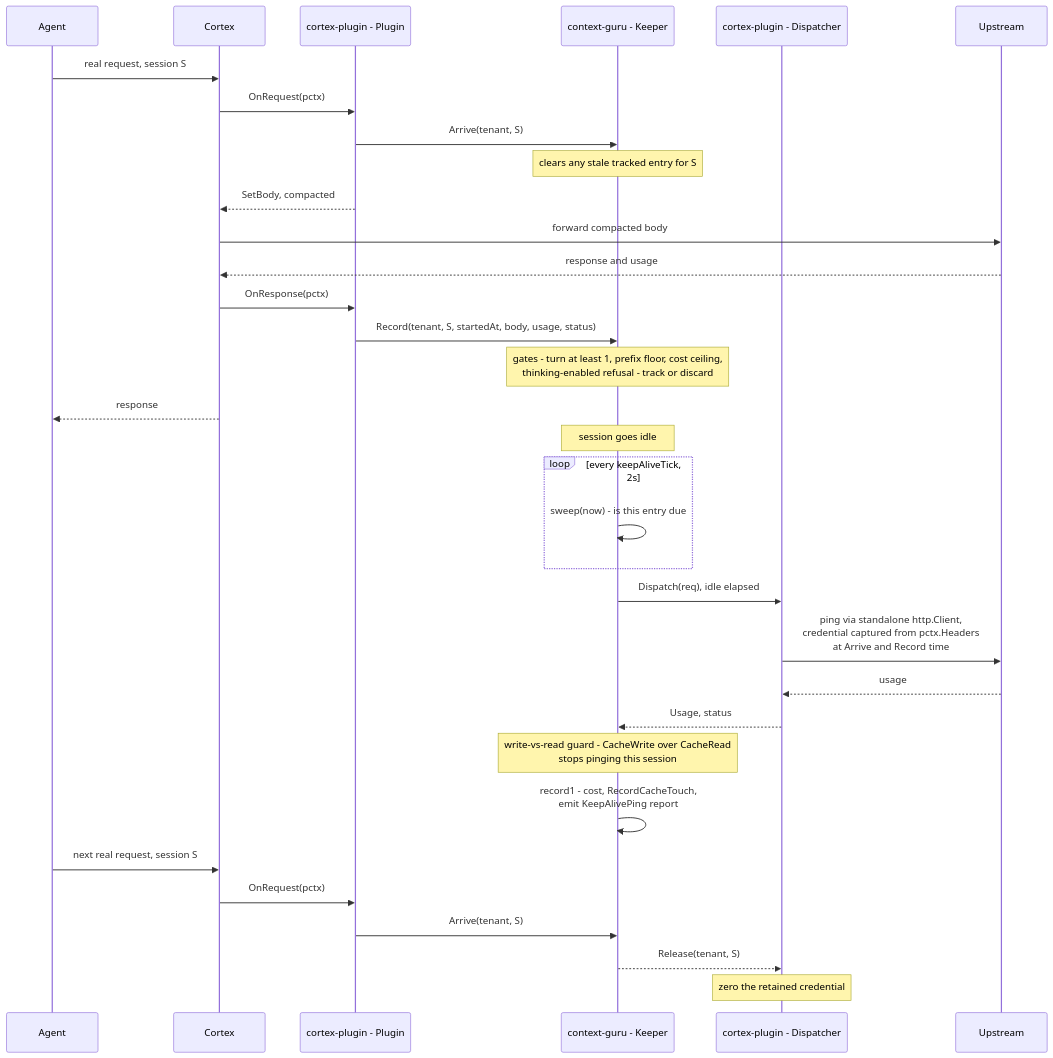
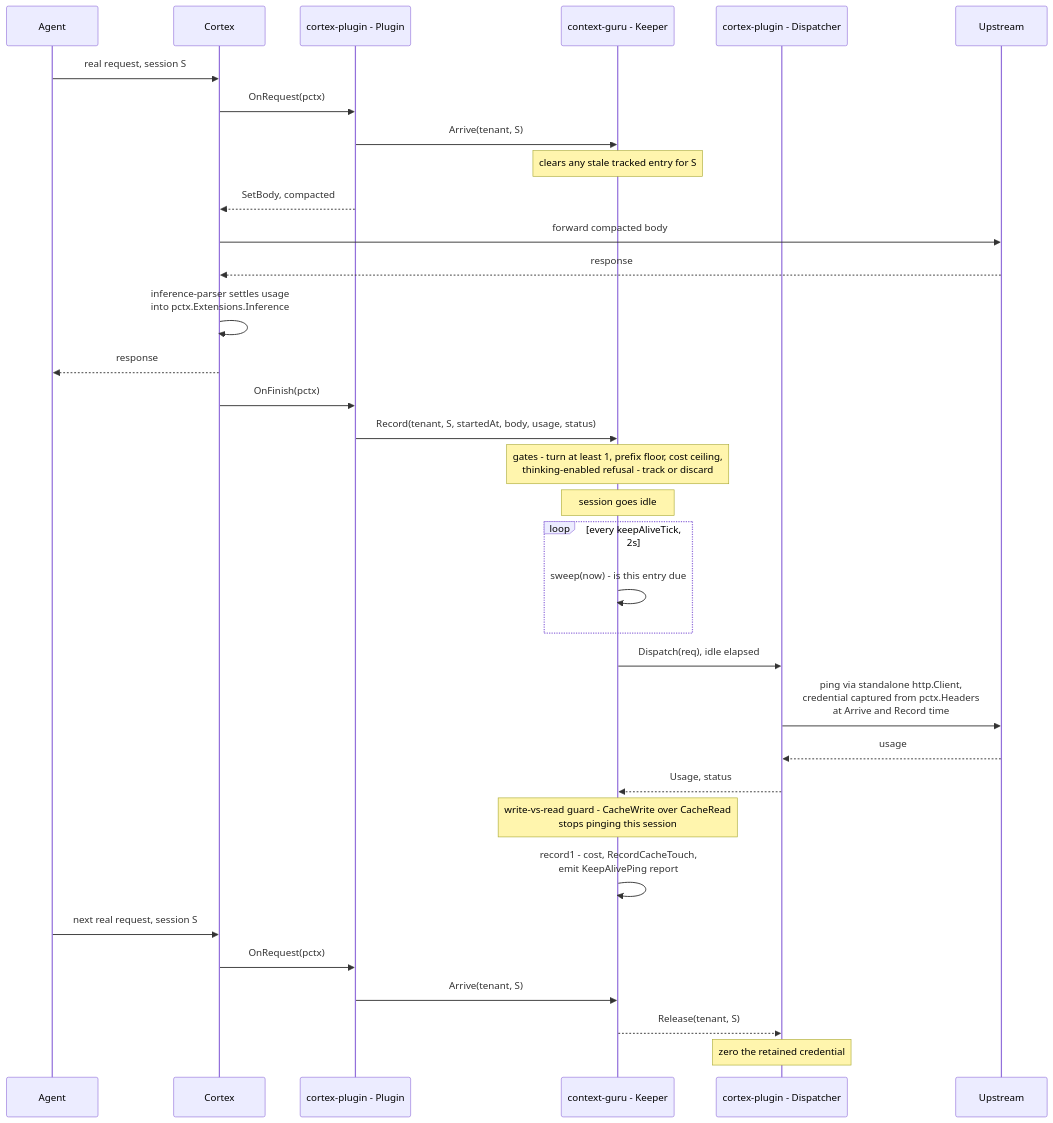
Before and after one commit to rossoctl/context-guru: the third of 5 diagrams in docs/proposals/cortex-integration.md, drawn with Mermaid. The commit also changed other lines of this file, not shown here.

First line of the commit message:
docs: fold in Hai's storage/OnFinish decisions, propose cost-ledger API

````diff
--- a/docs/proposals/cortex-integration.md
+++ b/docs/proposals/cortex-integration.md
@@ -378,38 +362,39 @@
 ```mermaid
 sequenceDiagram
     participant Agent
     participant Cortex
     participant Plugin as cortex-plugin - Plugin
     participant Keeper as context-guru - Keeper
     participant Dispatcher as cortex-plugin - Dispatcher
     participant Upstream
 
     Agent->>Cortex: real request, session S
     Cortex->>Plugin: OnRequest(pctx)
     Plugin->>Keeper: Arrive(tenant, S)
     Note over Keeper: clears any stale tracked entry for S
     Plugin-->>Cortex: SetBody, compacted
     Cortex->>Upstream: forward compacted body
-    Upstream-->>Cortex: response and usage
-    Cortex->>Plugin: OnResponse(pctx)
+    Upstream-->>Cortex: response
+    Cortex->>Cortex: inference-parser settles usage<br/>into pctx.Extensions.Inference
+    Cortex-->>Agent: response
+    Cortex->>Plugin: OnFinish(pctx)
     Plugin->>Keeper: Record(tenant, S, startedAt, body, usage, status)
     Note over Keeper: gates - turn at least 1, prefix floor, cost ceiling,<br/>thinking-enabled refusal - track or discard
-    Cortex-->>Agent: response
 
     Note over Keeper: session goes idle
     loop every keepAliveTick, 2s
         Keeper->>Keeper: sweep(now) - is this entry due
     end
     Keeper->>Dispatcher: Dispatch(req), idle elapsed
     Dispatcher->>Upstream: ping via standalone http.Client,<br/>credential captured from pctx.Headers<br/>at Arrive and Record time
     Upstream-->>Dispatcher: usage
     Dispatcher-->>Keeper: Usage, status
     Note over Keeper: write-vs-read guard - CacheWrite over CacheRead<br/>stops pinging this session
     Keeper->>Keeper: record1 - cost, RecordCacheTouch,<br/>emit KeepAlivePing report
 
     Agent->>Cortex: next real request, session S
     Cortex->>Plugin: OnRequest(pctx)
     Plugin->>Keeper: Arrive(tenant, S)
     Keeper-->>Dispatcher: Release(tenant, S)
     Note over Dispatcher: zero the retained credential
 ```
````
